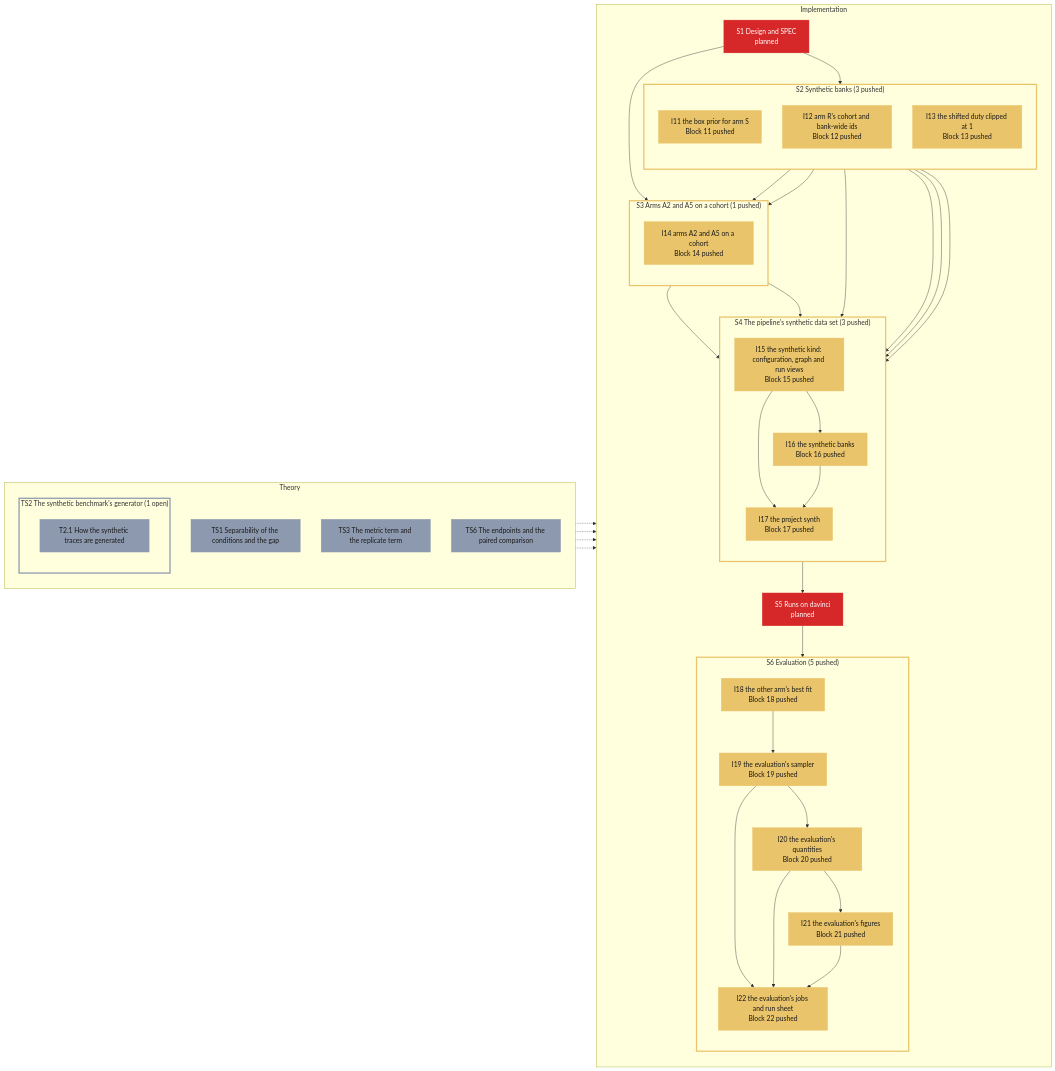
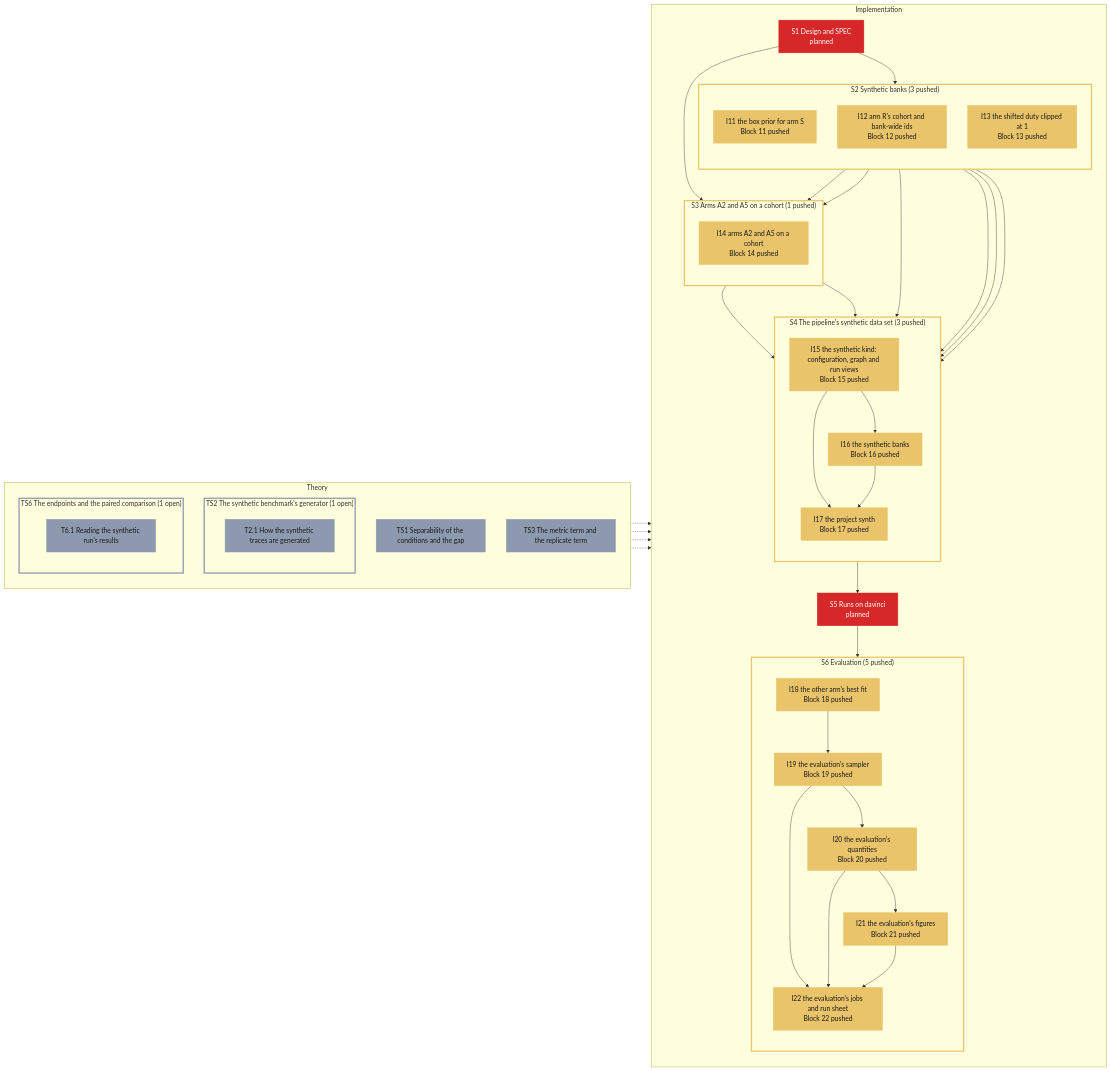
Before and after one commit to Leonardodm00/Simulation-Based-Inference: the diagram in specs/roadmap/synth.md, drawn with Mermaid. The commit also changed other lines of this file and 1 other file, not shown here.

Commit message:
roadmap: synth T6.1 added -- reading the synthetic run's results (open, D-127)
The user's call of 2026-11-11 16:48 (the results chat): "update also the
roadmap that I have to study it". One topic under TS6 (the endpoints and the
paired comparison), status open: what the pseudo-real NLL measures, why the
range shift makes sharper posteriors score worse at R3, the mixture against
its members, and the donor-paired two-clause rule. Rendered table refreshed.

Claude-Session: https://claude.ai/code/session_015FuK9wZFESyY5oa6QtHPoD

```diff
--- a/specs/roadmap/synth.md
+++ b/specs/roadmap/synth.md
@@ -24,7 +24,10 @@
             T2.1["T2.1 How the synthetic traces are generated"]:::open
         end
         TS3["TS3 The metric term and the replicate term"]:::open
-        TS6["TS6 The endpoints and the paired comparison"]:::open
+        subgraph grp_TS6["TS6 The endpoints and the paired comparison (1 open)"]
+            direction TB
+            T6.1["T6.1 Reading the synthetic run's results"]:::open
+        end
     end
     subgraph impl["Implementation"]
         direction TB
@@ -79,8 +82,9 @@
     TS1 -.-> S1
     grp_TS2 -.-> grp_S2
     TS3 -.-> grp_S3
-    TS6 -.-> grp_S6
+    grp_TS6 -.-> grp_S6
     style grp_TS2 stroke:#8d99ae,stroke-width:3px
+    style grp_TS6 stroke:#8d99ae,stroke-width:3px
     style grp_S2 stroke:#e9c46a,stroke-width:3px
     style grp_S3 stroke:#e9c46a,stroke-width:3px
     style grp_S4 stroke:#e9c46a,stroke-width:3px
```
